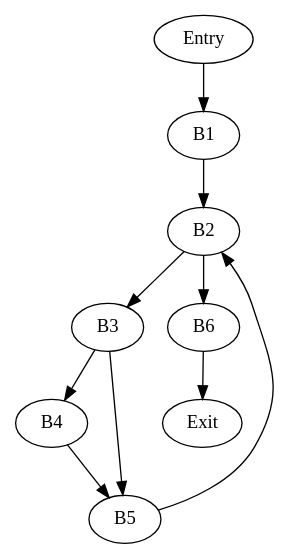
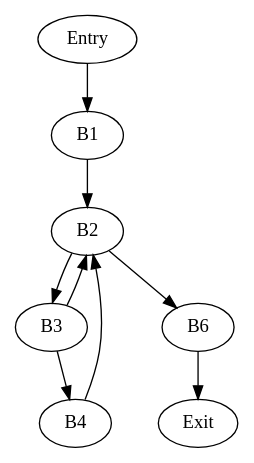
One commit to aprell/compiler-potpourri changed the diagram in control_flow/analysis/examples/test06_cfg.dot. Above: the diagram before and after it, drawn with Graphviz. The commit also changed 9 other files, not shown here.

Commit message:
Remove more empty nodes to simplify control flow

```diff
--- a/control_flow/analysis/examples/test06_cfg.dot
+++ b/control_flow/analysis/examples/test06_cfg.dot
@@ -1,11 +1,10 @@
 digraph CFG {
     Entry -> B1;
     B1 -> B2;
     B2 -> B3;
     B2 -> B6;
+    B3 -> B2;
     B3 -> B4;
-    B3 -> B5;
-    B4 -> B5;
-    B5 -> B2;
+    B4 -> B2;
     B6 -> Exit;
 }
```
